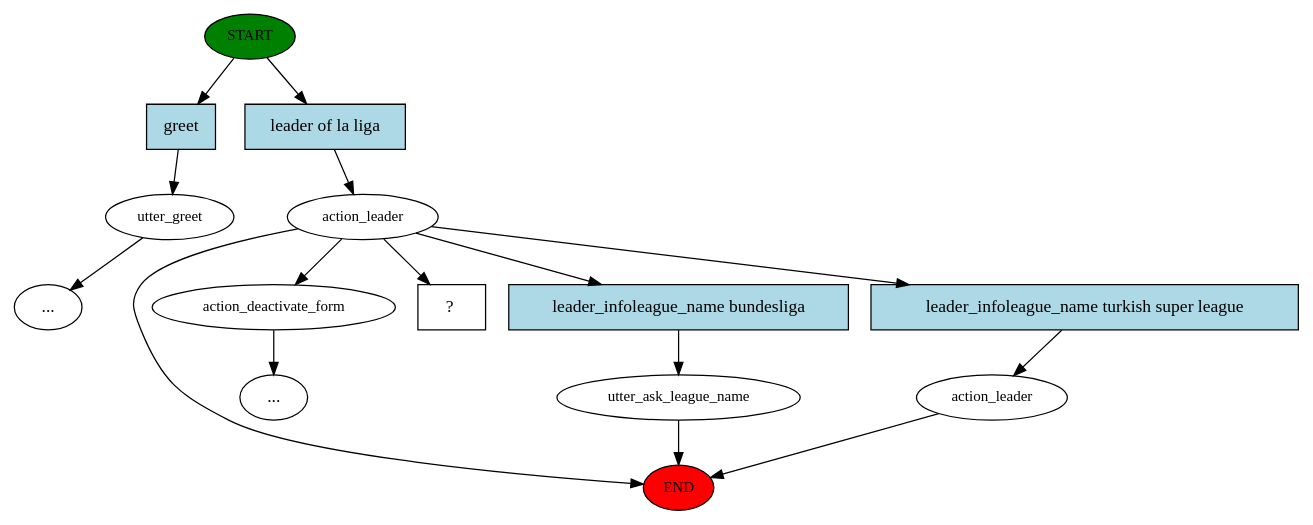
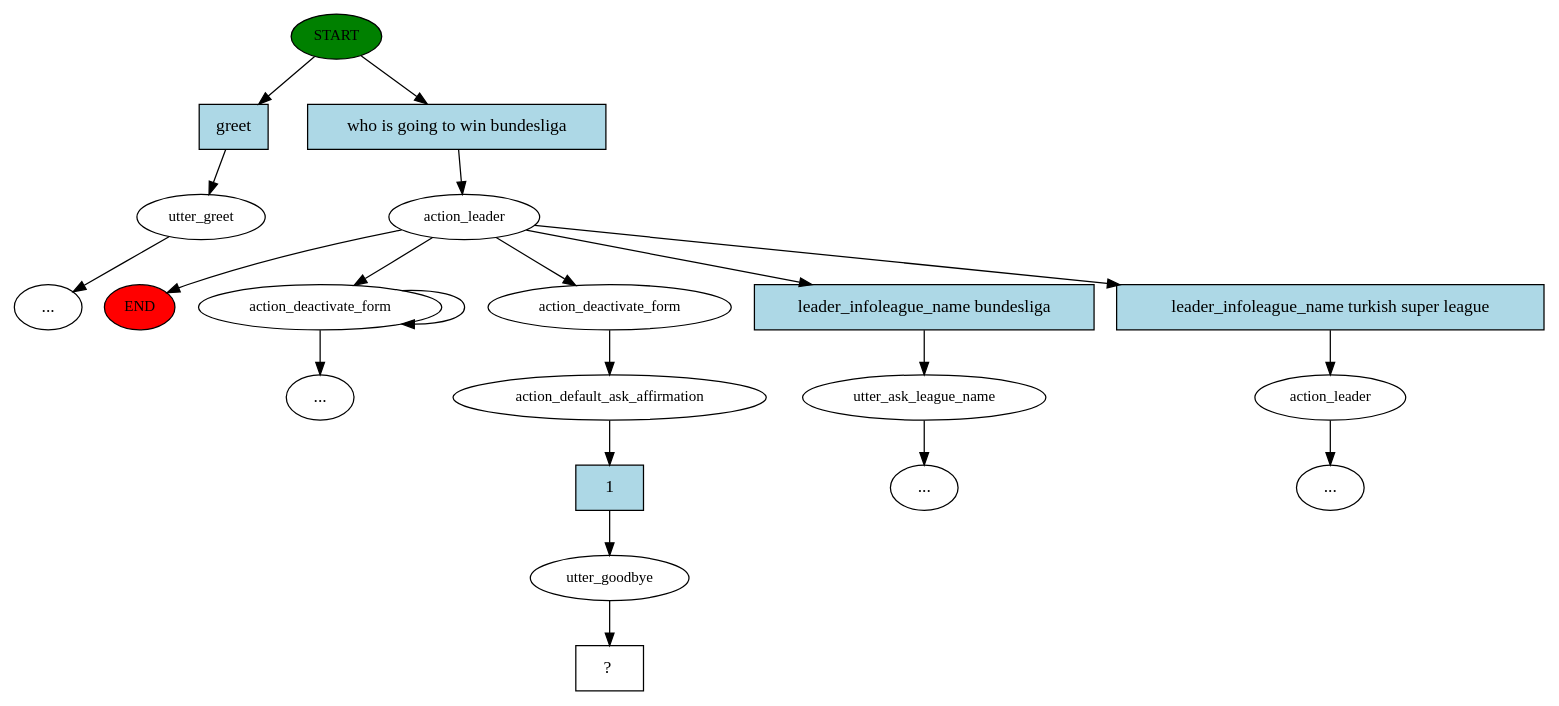
One commit to cemsinano/SoccerBot changed the diagram in story_graph.dot. Above: the diagram before and after it, drawn with Graphviz. The commit also changed 4 other files, not shown here.

```diff
--- a/story_graph.dot
+++ b/story_graph.dot
@@ -1,31 +1,42 @@
 digraph  {
 0 [class="start active", fillcolor=green, fontsize=12, label=START, style=filled];
 "-1" [class=end, fillcolor=red, fontsize=12, label=END, style=filled];
 1 [class="", fontsize=12, label=utter_greet];
 4 [class=active, fontsize=12, label=action_leader];
 5 [class="", fontsize=12, label=utter_ask_league_name];
+"-6" [class=ellipsis, label="..."];
 8 [class="", fontsize=12, label=action_leader];
 "-7" [class=ellipsis, label="..."];
+"-9" [class=ellipsis, label="..."];
 12 [class="", fontsize=12, label=action_deactivate_form];
-"-8" [class=ellipsis, label="..."];
-14 [class="intent dashed active", label="  ?  ", shape=rect];
-15 [class=intent, fillcolor=lightblue, label=greet, shape=rect, style=filled];
-16 [class="intent active", fillcolor=lightblue, label="leader of la liga", shape=rect, style=filled];
-17 [class=intent, fillcolor=lightblue, label="leader_infoleague_name bundesliga", shape=rect, style=filled];
-18 [class=intent, fillcolor=lightblue, label="leader_infoleague_name turkish super league", shape=rect, style=filled];
-0 -> 15  [class="", key=0];
-0 -> 16  [class=active, key=0];
-1 -> "-7"  [class="", key=NONE, label=""];
+"-10" [class=ellipsis, label="..."];
+15 [class=active, fontsize=12, label=action_deactivate_form];
+16 [class=active, fontsize=12, label=action_default_ask_affirmation];
+17 [class=active, fontsize=12, label=utter_goodbye];
+18 [class="intent dashed active", label="  ?  ", shape=rect];
+19 [class=intent, fillcolor=lightblue, label=greet, shape=rect, style=filled];
+20 [class="intent active", fillcolor=lightblue, label="who is going to win bundesliga", shape=rect, style=filled];
+21 [class=intent, fillcolor=lightblue, label="leader_infoleague_name bundesliga", shape=rect, style=filled];
+22 [class=intent, fillcolor=lightblue, label="leader_infoleague_name turkish super league", shape=rect, style=filled];
+23 [class="intent active", fillcolor=lightblue, label=1, shape=rect, style=filled];
+0 -> 19  [class="", key=0];
+0 -> 20  [class=active, key=0];
+1 -> "-9"  [class="", key=NONE, label=""];
 4 -> "-1"  [class="", key=NONE, label=""];
 4 -> 12  [class="", key=NONE, label=""];
-4 -> 14  [class=active, key=NONE, label=""];
-4 -> 17  [class="", key=0];
-4 -> 18  [class="", key=0];
-5 -> "-1"  [class="", key=NONE, label=""];
-8 -> "-1"  [class="", key=NONE, label=""];
-12 -> "-8"  [class="", key=NONE, label=""];
-15 -> 1  [class="", key=0];
-16 -> 4  [class=active, key=0];
-17 -> 5  [class="", key=0];
-18 -> 8  [class="", key=0];
+4 -> 15  [class=active, key=NONE, label=""];
+4 -> 21  [class="", key=0];
+4 -> 22  [class="", key=0];
+5 -> "-6"  [class="", key=NONE, label=""];
+8 -> "-7"  [class="", key=NONE, label=""];
+12 -> "-10"  [class="", key=NONE, label=""];
+12 -> 12  [class="", key=NONE, label=""];
+15 -> 16  [class=active, key=NONE, label=""];
+16 -> 23  [class=active, key=0];
+17 -> 18  [class=active, key=NONE, label=""];
+19 -> 1  [class="", key=0];
+20 -> 4  [class=active, key=0];
+21 -> 5  [class="", key=0];
+22 -> 8  [class="", key=0];
+23 -> 17  [class=active, key=0];
 }
```
